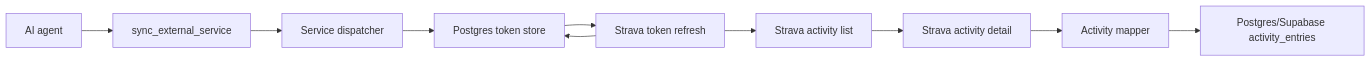
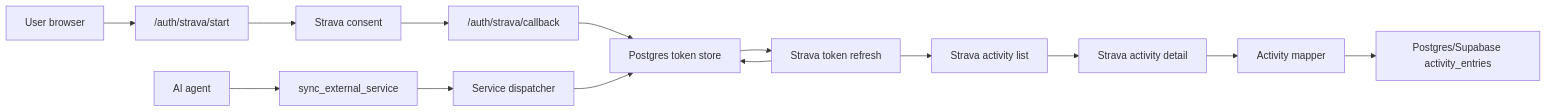
Before and after one commit to rodo1985/apex-mcp-server: the diagram in docs/external-service-sync.md, drawn with Mermaid. The commit also changed other lines of this file and 14 other files, not shown here.

Commit message:
Add Strava OAuth connect helper

````diff
--- a/docs/external-service-sync.md
+++ b/docs/external-service-sync.md
@@ -79,12 +93,16 @@
 ```mermaid
 flowchart LR
+    Browser["User browser"] --> OAuthStart["/auth/strava/start"]
+    OAuthStart --> StravaConsent["Strava consent"]
+    StravaConsent --> OAuthCallback["/auth/strava/callback"]
+    OAuthCallback --> TokenStore["Postgres token store"]
     Agent["AI agent"] --> Tool["sync_external_service"]
     Tool --> Dispatcher["Service dispatcher"]
-    Dispatcher --> TokenStore["Postgres token store"]
+    Dispatcher --> TokenStore
     TokenStore --> StravaAuth["Strava token refresh"]
     StravaAuth --> StravaList["Strava activity list"]
     StravaAuth --> TokenStore
     StravaList --> StravaDetail["Strava activity detail"]
     StravaDetail --> Mapper["Activity mapper"]
     Mapper --> Store["Postgres/Supabase activity_entries"]
 ```
````
